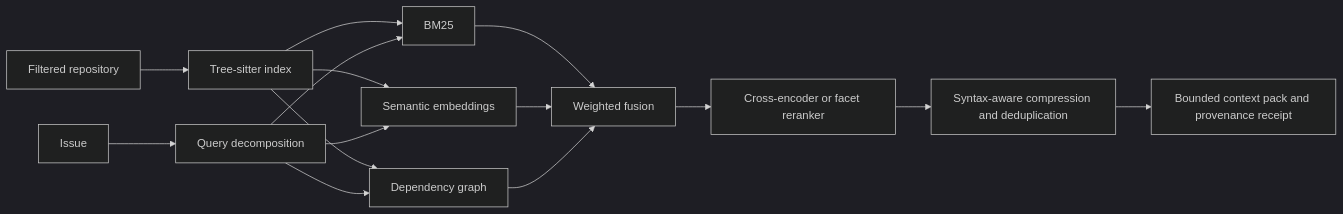
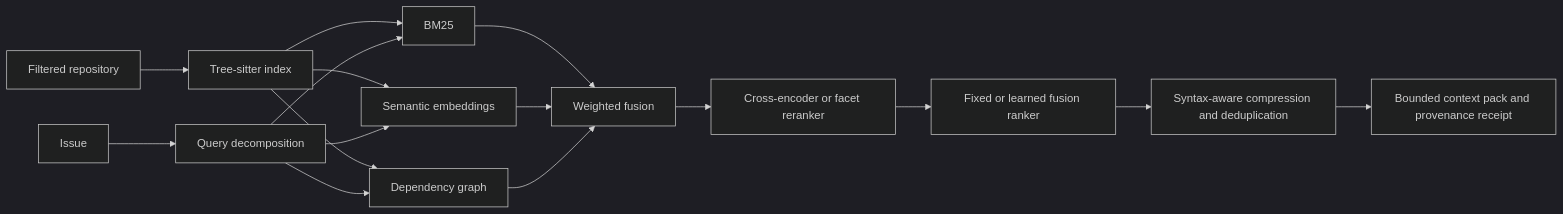
Before and after one commit to Theepankumargandhi/Multi-Agent-Orchestration: the diagram in docs/code-intelligence.md, drawn with Mermaid (dark theme). The commit also changed other lines of this file and 25 other files, not shown here.

````diff
--- a/docs/code-intelligence.md
+++ b/docs/code-intelligence.md
@@ -7,17 +7,18 @@
 ```mermaid
 flowchart LR
     Q[Issue] --> D[Query decomposition]
     R[Filtered repository] --> P[Tree-sitter index]
     P --> B[BM25]
     P --> E[Semantic embeddings]
     P --> G[Dependency graph]
     D --> B
     D --> E
     D --> G
     B --> F[Weighted fusion]
     E --> F
     G --> F
     F --> X[Cross-encoder or facet reranker]
-    X --> C[Syntax-aware compression and deduplication]
+    X --> L[Fixed or learned fusion ranker]
+    L --> C[Syntax-aware compression and deduplication]
     C --> O[Bounded context pack and provenance receipt]
 ```
````
